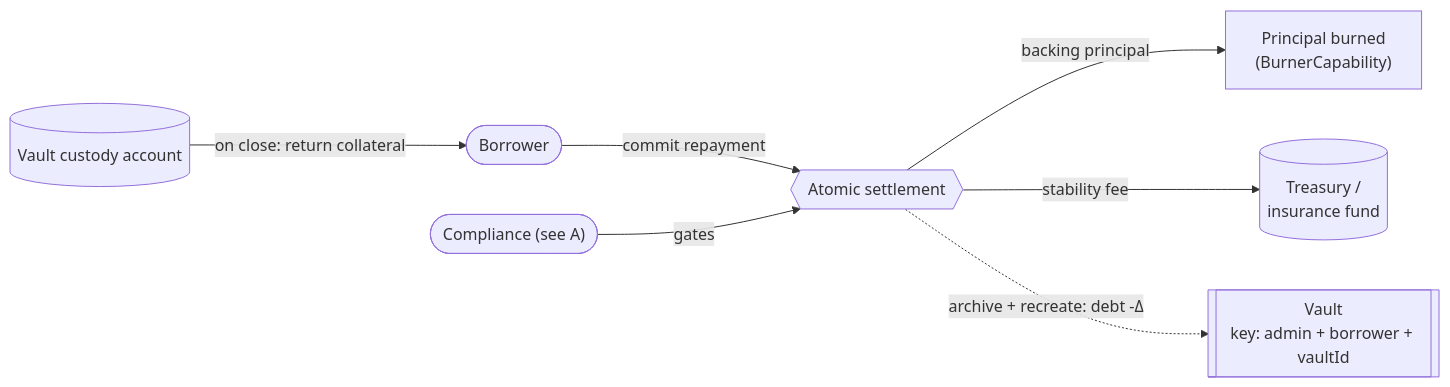
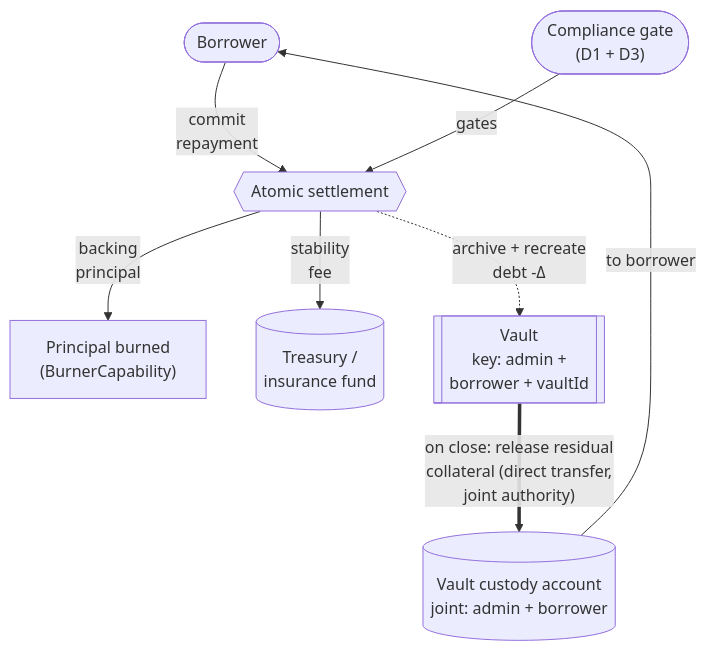
One commit to OpenZeppelin/canton-specs changed the third of 5 diagrams in docs/ri-reports/02-lending.md. Above: the diagram before and after it, drawn with Mermaid. The commit also changed other lines of this file, not shown here.

````diff
--- a/docs/ri-reports/02-lending.md
+++ b/docs/ri-reports/02-lending.md
@@ -197,17 +182,18 @@
 ```mermaid
-flowchart LR
+flowchart TD
     Borrower([Borrower])
-    Compliance(["Compliance (see A)"])
+    Compliance(["Compliance gate<br/>(D1 + D3)"])
     Settle{{Atomic settlement}}
     Burn["Principal burned<br/>(BurnerCapability)"]
     Treasury[("Treasury /<br/>insurance fund")]
-    Custody[("Vault custody account")]
-    Vault[["Vault<br/>key: admin + borrower + vaultId"]]
+    Custody[("Vault custody account<br/>joint: admin + borrower")]
+    Vault[["Vault<br/>key: admin +<br/>borrower + vaultId"]]
 
-    Borrower -->|"commit repayment"| Settle
+    Borrower -->|"commit<br/>repayment"| Settle
     Compliance -->|"gates"| Settle
-    Settle -->|"backing principal"| Burn
-    Settle -->|"stability fee"| Treasury
-    Custody -->|"on close: return collateral"| Borrower
-    Settle -.->|"archive + recreate: debt -Δ"| Vault
+    Settle -->|"backing<br/>principal"| Burn
+    Settle -->|"stability<br/>fee"| Treasury
+    Settle -.->|"archive + recreate<br/>debt -Δ"| Vault
+    Vault ==>|"on close: release residual<br/>collateral (direct transfer,<br/>joint authority)"| Custody
+    Custody -->|"to borrower"| Borrower
 ```
````
